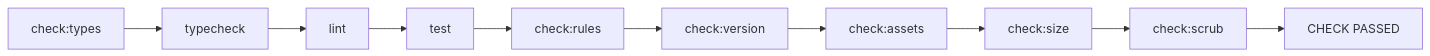
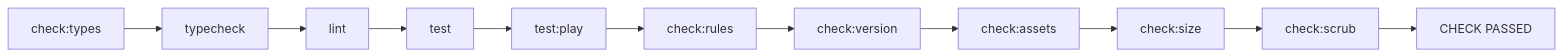
The fourth of 4 diagrams in docs/site/built/index.md (buildlab-studio/japacity), drawn with Mermaid before and after one commit. The commit also changed other lines of this file and 10 other files, not shown here.

````diff
--- a/docs/site/built/index.md
+++ b/docs/site/built/index.md
@@ -119,4 +119,4 @@
 ```mermaid
 flowchart LR
-  T["check:types"] --> A["typecheck"] --> B["lint"] --> C["test"] --> D["check:rules"] --> V["check:version"] --> E["check:assets"] --> S["check:size"] --> F["check:scrub"] --> G["CHECK PASSED"]
+  T["check:types"] --> A["typecheck"] --> B["lint"] --> C["test"] --> P["test:play"] --> D["check:rules"] --> V["check:version"] --> E["check:assets"] --> S["check:size"] --> F["check:scrub"] --> G["CHECK PASSED"]
 ```
````
